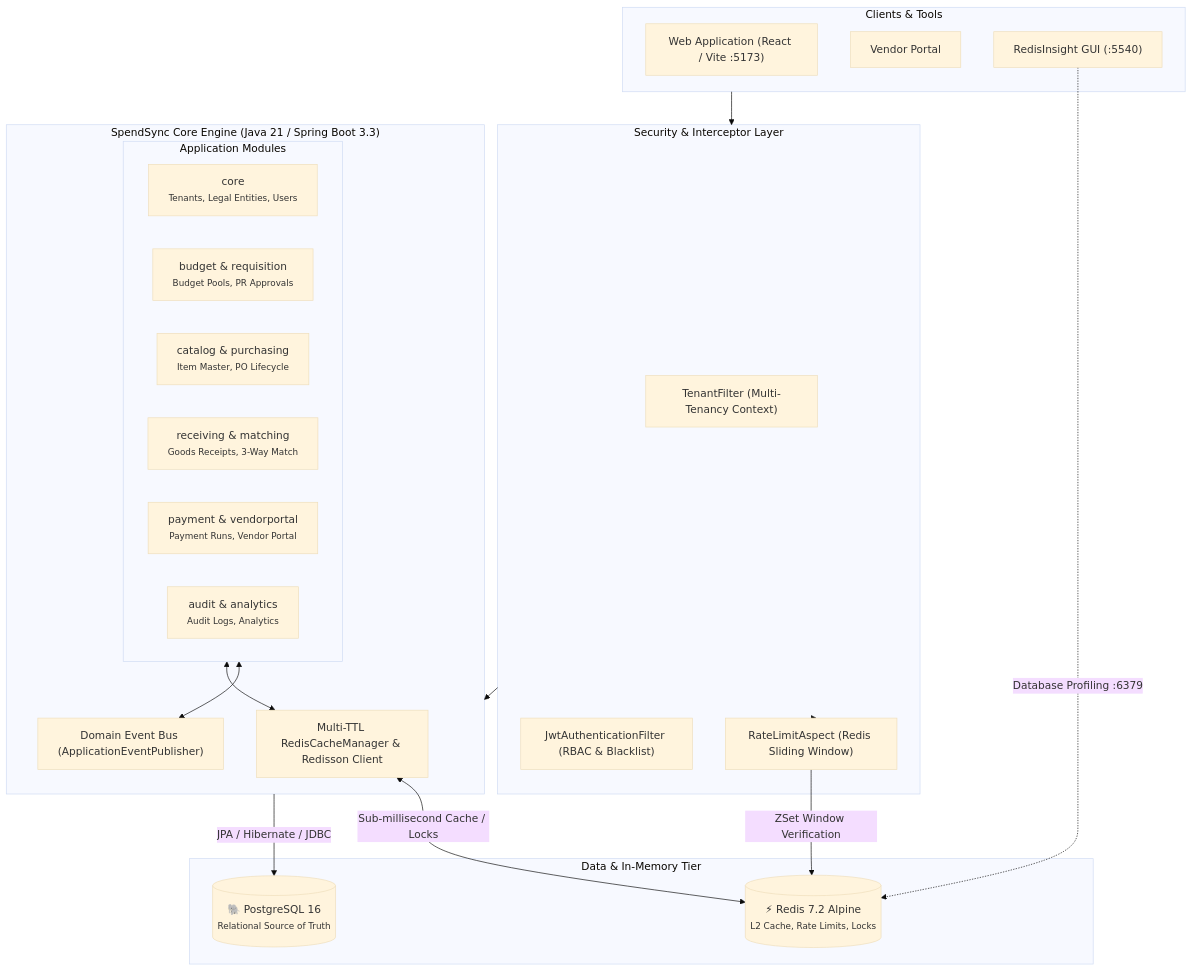
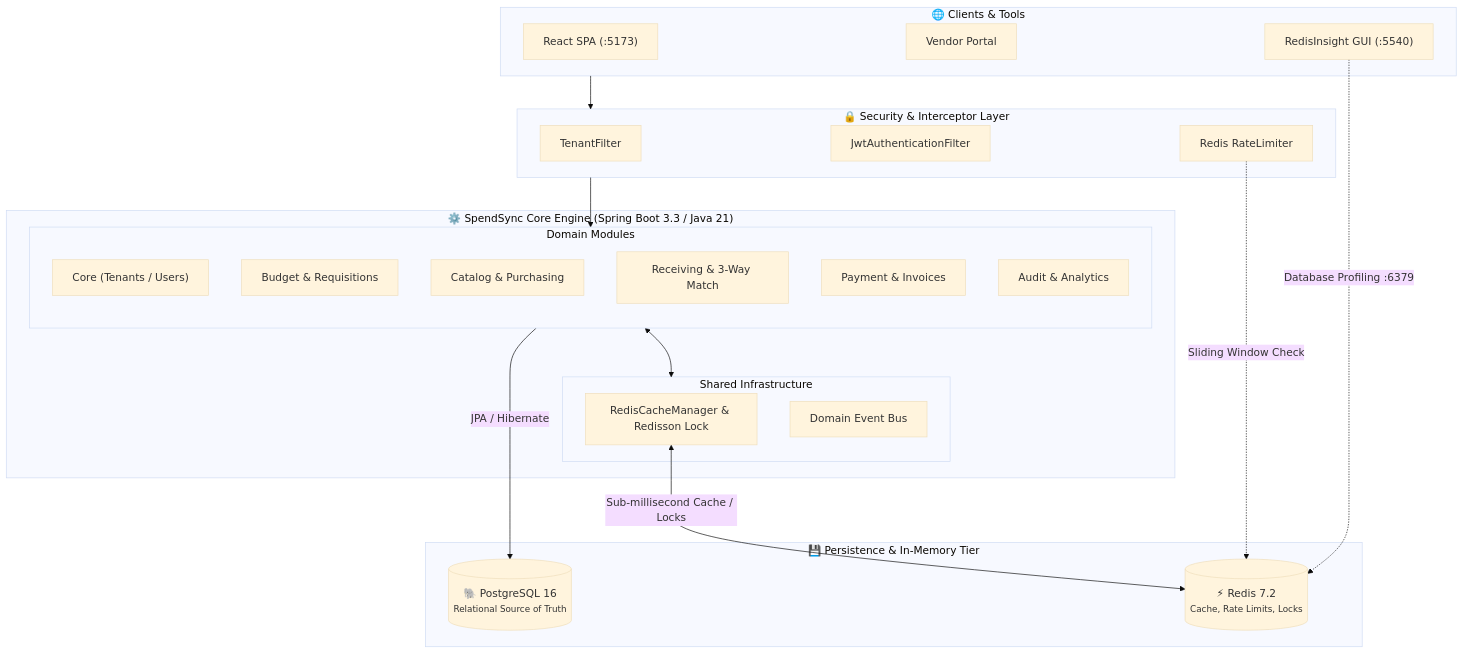
One commit to doguhanniltextra/spend-sync changed the first of 2 diagrams in README.md. Above: the diagram before and after it, drawn with Mermaid (base theme).

Commit message:
docs: streamline system architecture diagram to eliminate empty space and fix proportions

````diff
--- a/README.md
+++ b/README.md
@@ -21,44 +21,44 @@
 ```mermaid
 graph TB
-    subgraph Clients["Clients & Tools"]
-        SPA["Web Application (React / Vite :5173)"]
+    subgraph Clients["🌐 Clients & Tools"]
+        SPA["React SPA (:5173)"]
         VP["Vendor Portal"]
         INSIGHT["RedisInsight GUI (:5540)"]
     end
 
-    subgraph Security["Security & Interceptor Layer"]
-        TF["TenantFilter (Multi-Tenancy Context)"]
-        AUTH["JwtAuthenticationFilter (RBAC & Blacklist)"]
-        RATE["RateLimitAspect (Redis Sliding Window)"]
+    subgraph Security["🔒 Security & Interceptor Layer"]
+        TF["TenantFilter"]
+        AUTH["JwtAuthenticationFilter"]
+        RATE["Redis RateLimiter"]
     end
 
-    subgraph Monolith["SpendSync Core Engine (Java 21 / Spring Boot 3.3)"]
-        subgraph DomainModules["Application Modules"]
-            M_CORE["core<br/><small>Tenants, Legal Entities, Users</small>"]
-            M_BGT["budget & requisition<br/><small>Budget Pools, PR Approvals</small>"]
-            M_CAT["catalog & purchasing<br/><small>Item Master, PO Lifecycle</small>"]
-            M_RCV["receiving & matching<br/><small>Goods Receipts, 3-Way Match</small>"]
-            M_PAY["payment & vendorportal<br/><small>Payment Runs, Vendor Portal</small>"]
-            M_GOV["audit & analytics<br/><small>Audit Logs, Analytics</small>"]
+    subgraph Monolith["⚙️ SpendSync Core Engine (Spring Boot 3.3 / Java 21)"]
+        subgraph DomainModules["Domain Modules"]
+            direction TB
+            M_CORE["Core (Tenants / Users)"]
+            M_BGT["Budget & Requisitions"]
+            M_CAT["Catalog & Purchasing"]
+            M_RCV["Receiving & 3-Way Match"]
+            M_PAY["Payment & Invoices"]
+            M_GOV["Audit & Analytics"]
         end
 
-        CACHE_MGR["Multi-TTL RedisCacheManager & Redisson Client"]
-        EVENT_BUS["Domain Event Bus (ApplicationEventPublisher)"]
+        subgraph Infra["Shared Infrastructure"]
+            CACHE_MGR["RedisCacheManager & Redisson Lock"]
+            EVENT_BUS["Domain Event Bus"]
+        end
     end
 
-    subgraph Storage["Data & In-Memory Tier"]
+    subgraph Storage["💾 Persistence & In-Memory Tier"]
         DB[("🐘 PostgreSQL 16<br/><small>Relational Source of Truth</small>")]
-        REDIS[("⚡ Redis 7.2 Alpine<br/><small>L2 Cache, Rate Limits, Locks</small>")]
+        REDIS[("⚡ Redis 7.2<br/><small>Cache, Rate Limits, Locks</small>")]
     end
 
     Clients --> Security
-    Security --> RATE
-    RATE -->|ZSet Window Verification| REDIS
-    Security --> Monolith
-
-    DomainModules <--> EVENT_BUS
-    DomainModules <--> CACHE_MGR
+    Security --> DomainModules
+    RATE -.->|Sliding Window Check| REDIS
+    DomainModules <--> Infra
+    DomainModules -->|JPA / Hibernate| DB
     CACHE_MGR <-->|Sub-millisecond Cache / Locks| REDIS
-    Monolith -->|JPA / Hibernate / JDBC| DB
     INSIGHT -.->|Database Profiling :6379| REDIS
 ```
````
